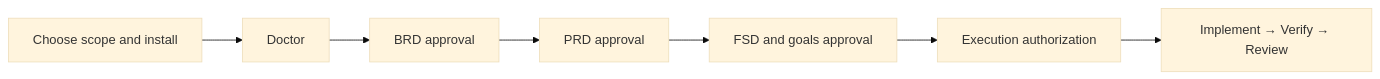
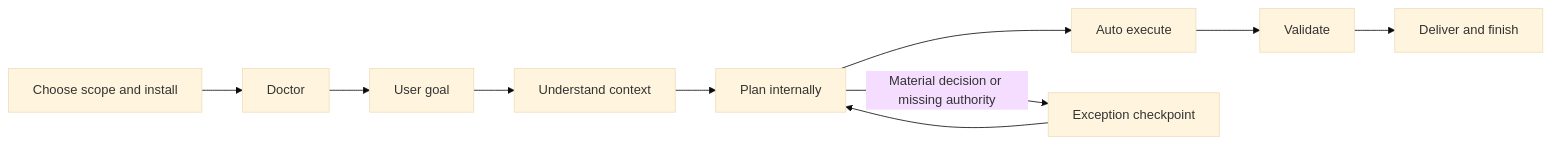
The diagram in WALKTHROUGH.md (aultramen/super-compound), drawn with Mermaid (base theme) before and after one commit. The commit also changed other lines of this file and 113 other files, not shown here.

````diff
--- a/WALKTHROUGH.md
+++ b/WALKTHROUGH.md
@@ -100,9 +160,12 @@
 ```mermaid
 flowchart LR
  Setup[Choose scope and install] --> Doctor[Doctor]
- Doctor --> BRD[BRD approval]
- BRD --> PRD[PRD approval]
- PRD --> FSD[FSD and goals approval]
- FSD --> Auth[Execution authorization]
- Auth --> Work[Implement → Verify → Review]
+ Doctor --> Goal[User goal]
+ Goal --> Context[Understand context]
+ Context --> Plan[Plan internally]
+ Plan --> Work[Auto execute]
+ Work --> Verify[Validate]
+ Verify --> Result[Deliver and finish]
+ Plan -->|Material decision or missing authority| Human[Exception checkpoint]
+ Human --> Plan
 ```
````
